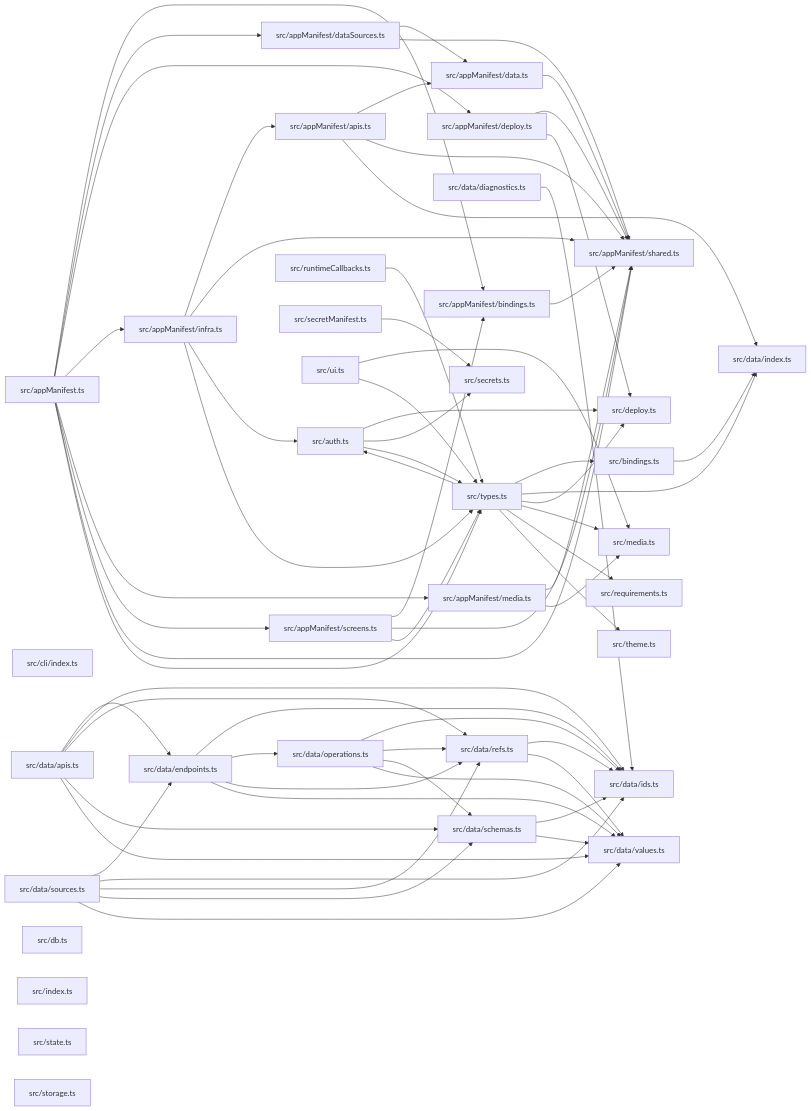
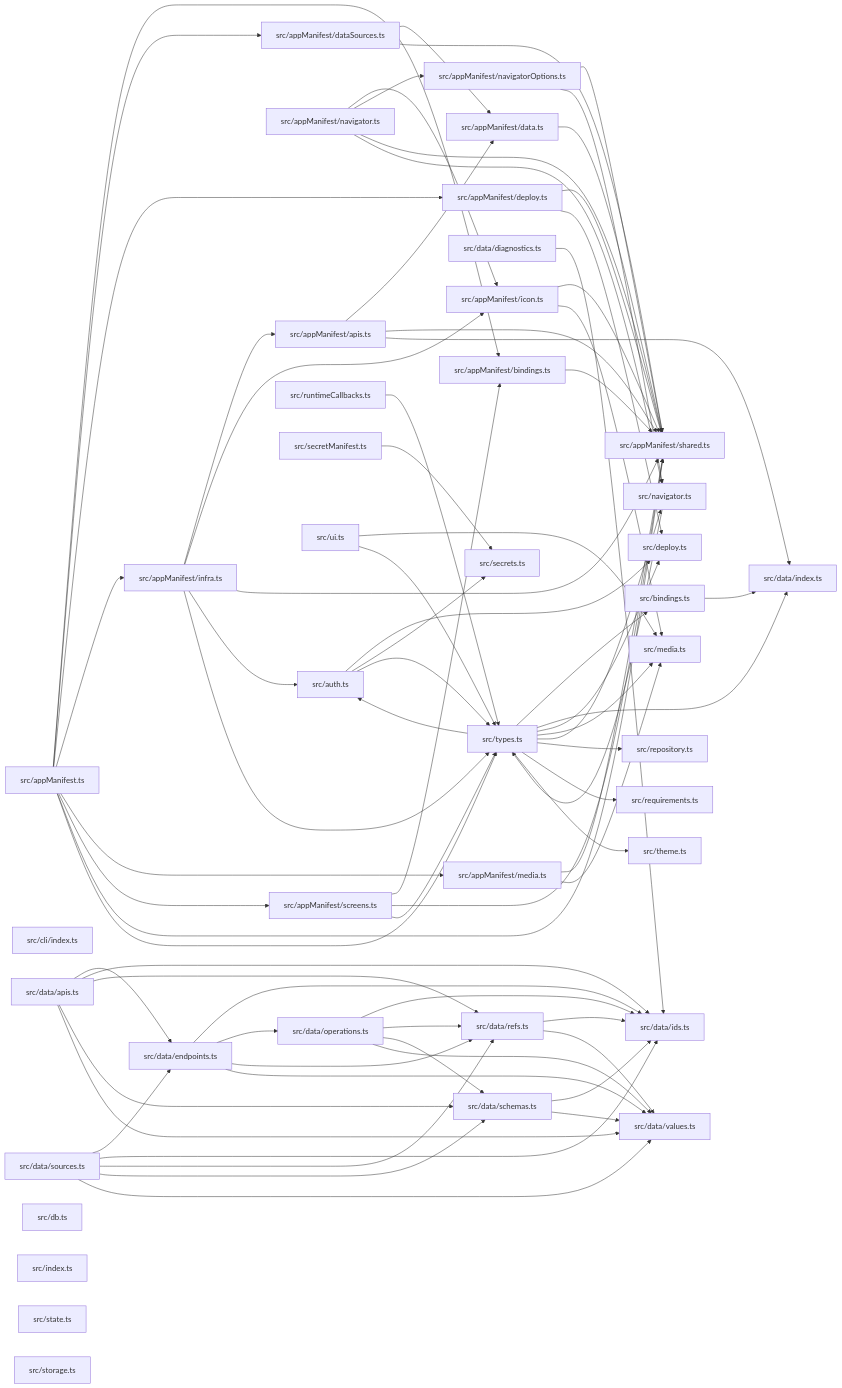
Before and after one commit to ankhorage/contracts: the diagram in paradox/diagrams/module-relationships.mmd, drawn with Mermaid. The commit also changed 16 other files, not shown here.

Commit message:
feat!: extend navigator manifest variants (#177)

```diff
--- a/paradox/diagrams/module-relationships.mmd
+++ b/paradox/diagrams/module-relationships.mmd
@@ -1,101 +1,118 @@
 graph LR
   module_src_appManifest_ts["src/appManifest.ts"]
   module_src_appManifest_apis_ts["src/appManifest/apis.ts"]
   module_src_appManifest_bindings_ts["src/appManifest/bindings.ts"]
   module_src_appManifest_data_ts["src/appManifest/data.ts"]
   module_src_appManifest_dataSources_ts["src/appManifest/dataSources.ts"]
   module_src_appManifest_deploy_ts["src/appManifest/deploy.ts"]
+  module_src_appManifest_icon_ts["src/appManifest/icon.ts"]
   module_src_appManifest_infra_ts["src/appManifest/infra.ts"]
   module_src_appManifest_media_ts["src/appManifest/media.ts"]
+  module_src_appManifest_navigator_ts["src/appManifest/navigator.ts"]
+  module_src_appManifest_navigatorOptions_ts["src/appManifest/navigatorOptions.ts"]
   module_src_appManifest_screens_ts["src/appManifest/screens.ts"]
   module_src_appManifest_shared_ts["src/appManifest/shared.ts"]
   module_src_auth_ts["src/auth.ts"]
   module_src_bindings_ts["src/bindings.ts"]
   module_src_cli_index_ts["src/cli/index.ts"]
   module_src_data_apis_ts["src/data/apis.ts"]
   module_src_data_diagnostics_ts["src/data/diagnostics.ts"]
   module_src_data_endpoints_ts["src/data/endpoints.ts"]
   module_src_data_ids_ts["src/data/ids.ts"]
   module_src_data_index_ts["src/data/index.ts"]
   module_src_data_operations_ts["src/data/operations.ts"]
   module_src_data_refs_ts["src/data/refs.ts"]
   module_src_data_schemas_ts["src/data/schemas.ts"]
   module_src_data_sources_ts["src/data/sources.ts"]
   module_src_data_values_ts["src/data/values.ts"]
   module_src_db_ts["src/db.ts"]
   module_src_deploy_ts["src/deploy.ts"]
   module_src_index_ts["src/index.ts"]
   module_src_media_ts["src/media.ts"]
+  module_src_navigator_ts["src/navigator.ts"]
+  module_src_repository_ts["src/repository.ts"]
   module_src_requirements_ts["src/requirements.ts"]
   module_src_runtimeCallbacks_ts["src/runtimeCallbacks.ts"]
   module_src_secretManifest_ts["src/secretManifest.ts"]
   module_src_secrets_ts["src/secrets.ts"]
   module_src_state_ts["src/state.ts"]
   module_src_storage_ts["src/storage.ts"]
   module_src_theme_ts["src/theme.ts"]
   module_src_types_ts["src/types.ts"]
   module_src_ui_ts["src/ui.ts"]
   module_src_appManifest_ts --> module_src_appManifest_bindings_ts
   module_src_appManifest_ts --> module_src_appManifest_dataSources_ts
   module_src_appManifest_ts --> module_src_appManifest_deploy_ts
   module_src_appManifest_ts --> module_src_appManifest_infra_ts
   module_src_appManifest_ts --> module_src_appManifest_media_ts
   module_src_appManifest_ts --> module_src_appManifest_screens_ts
   module_src_appManifest_ts --> module_src_appManifest_shared_ts
   module_src_appManifest_ts --> module_src_types_ts
   module_src_appManifest_apis_ts --> module_src_appManifest_data_ts
   module_src_appManifest_apis_ts --> module_src_appManifest_shared_ts
   module_src_appManifest_apis_ts --> module_src_data_index_ts
   module_src_appManifest_bindings_ts --> module_src_appManifest_shared_ts
   module_src_appManifest_data_ts --> module_src_appManifest_shared_ts
   module_src_appManifest_dataSources_ts --> module_src_appManifest_data_ts
   module_src_appManifest_dataSources_ts --> module_src_appManifest_shared_ts
   module_src_appManifest_deploy_ts --> module_src_appManifest_shared_ts
   module_src_appManifest_deploy_ts --> module_src_deploy_ts
+  module_src_appManifest_icon_ts --> module_src_appManifest_shared_ts
+  module_src_appManifest_icon_ts --> module_src_media_ts
   module_src_appManifest_infra_ts --> module_src_appManifest_apis_ts
+  module_src_appManifest_infra_ts --> module_src_appManifest_icon_ts
   module_src_appManifest_infra_ts --> module_src_appManifest_shared_ts
   module_src_appManifest_infra_ts --> module_src_auth_ts
   module_src_appManifest_infra_ts --> module_src_types_ts
   module_src_appManifest_media_ts --> module_src_appManifest_shared_ts
   module_src_appManifest_media_ts --> module_src_media_ts
+  module_src_appManifest_navigator_ts --> module_src_appManifest_icon_ts
+  module_src_appManifest_navigator_ts --> module_src_appManifest_navigatorOptions_ts
+  module_src_appManifest_navigator_ts --> module_src_appManifest_shared_ts
+  module_src_appManifest_navigator_ts --> module_src_navigator_ts
+  module_src_appManifest_navigatorOptions_ts --> module_src_appManifest_shared_ts
+  module_src_appManifest_navigatorOptions_ts --> module_src_navigator_ts
   module_src_appManifest_screens_ts --> module_src_appManifest_bindings_ts
   module_src_appManifest_screens_ts --> module_src_appManifest_shared_ts
   module_src_appManifest_screens_ts --> module_src_types_ts
   module_src_auth_ts --> module_src_deploy_ts
   module_src_auth_ts --> module_src_secrets_ts
   module_src_auth_ts --> module_src_types_ts
   module_src_bindings_ts --> module_src_data_index_ts
   module_src_data_apis_ts --> module_src_data_endpoints_ts
   module_src_data_apis_ts --> module_src_data_ids_ts
   module_src_data_apis_ts --> module_src_data_refs_ts
   module_src_data_apis_ts --> module_src_data_schemas_ts
   module_src_data_apis_ts --> module_src_data_values_ts
   module_src_data_diagnostics_ts --> module_src_data_ids_ts
   module_src_data_endpoints_ts --> module_src_data_ids_ts
   module_src_data_endpoints_ts --> module_src_data_operations_ts
   module_src_data_endpoints_ts --> module_src_data_refs_ts
   module_src_data_endpoints_ts --> module_src_data_values_ts
   module_src_data_operations_ts --> module_src_data_ids_ts
   module_src_data_operations_ts --> module_src_data_refs_ts
   module_src_data_operations_ts --> module_src_data_schemas_ts
   module_src_data_operations_ts --> module_src_data_values_ts
   module_src_data_refs_ts --> module_src_data_ids_ts
   module_src_data_refs_ts --> module_src_data_values_ts
   module_src_data_schemas_ts --> module_src_data_ids_ts
   module_src_data_schemas_ts --> module_src_data_values_ts
   module_src_data_sources_ts --> module_src_data_endpoints_ts
   module_src_data_sources_ts --> module_src_data_ids_ts
   module_src_data_sources_ts --> module_src_data_refs_ts
   module_src_data_sources_ts --> module_src_data_schemas_ts
   module_src_data_sources_ts --> module_src_data_values_ts
+  module_src_navigator_ts --> module_src_types_ts
   module_src_runtimeCallbacks_ts --> module_src_types_ts
   module_src_secretManifest_ts --> module_src_secrets_ts
   module_src_types_ts --> module_src_auth_ts
   module_src_types_ts --> module_src_bindings_ts
   module_src_types_ts --> module_src_data_index_ts
   module_src_types_ts --> module_src_deploy_ts
   module_src_types_ts --> module_src_media_ts
+  module_src_types_ts --> module_src_navigator_ts
+  module_src_types_ts --> module_src_repository_ts
   module_src_types_ts --> module_src_requirements_ts
   module_src_types_ts --> module_src_theme_ts
   module_src_ui_ts --> module_src_media_ts
   module_src_ui_ts --> module_src_types_ts
```
